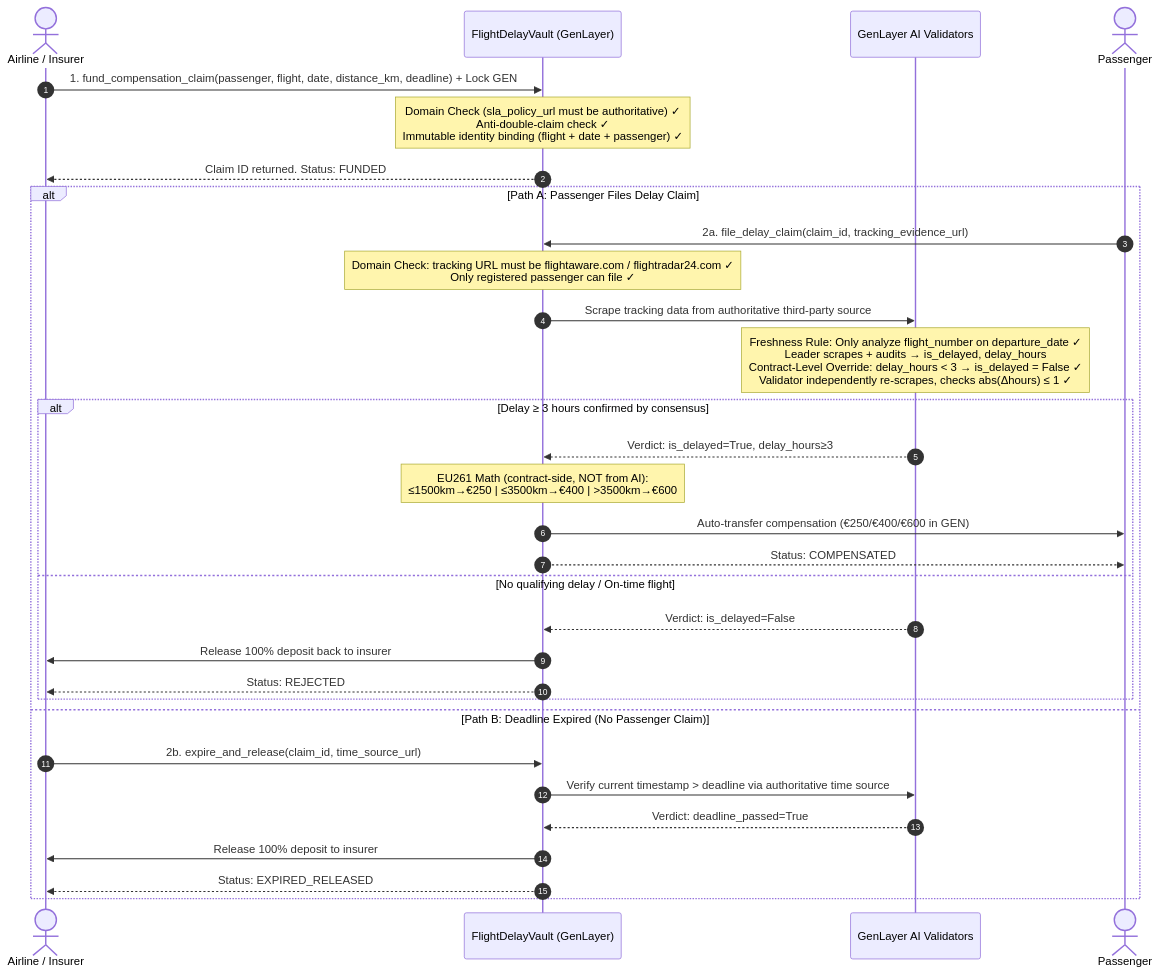
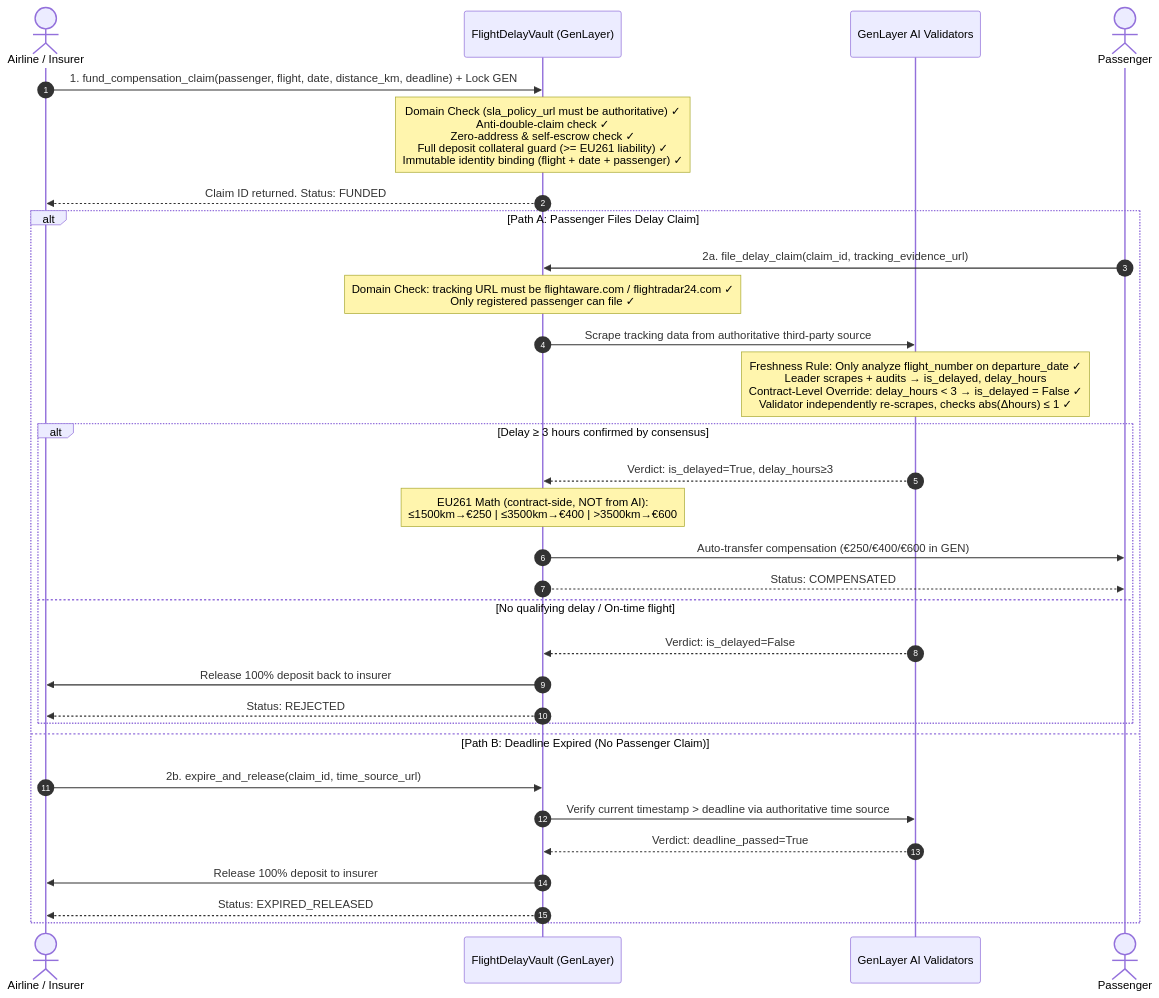
The diagram in README.md (Tannpd/FlightDelayVault), drawn with Mermaid before and after one commit. The commit also changed other lines of this file, not shown here.

````diff
--- a/README.md
+++ b/README.md
@@ -21,35 +34,35 @@
 ```mermaid
 sequenceDiagram
     autonumber
     actor Insurer as Airline / Insurer
     participant Vault as FlightDelayVault (GenLayer)
     participant AI as GenLayer AI Validators
     actor Passenger as Passenger
 
     Insurer->>Vault: 1. fund_compensation_claim(passenger, flight, date, distance_km, deadline) + Lock GEN
-    Note over Vault: Domain Check (sla_policy_url must be authoritative) ✓<br/>Anti-double-claim check ✓<br/>Immutable identity binding (flight + date + passenger) ✓
+    Note over Vault: Domain Check (sla_policy_url must be authoritative) ✓<br/>Anti-double-claim check ✓<br/>Zero-address & self-escrow check ✓<br/>Full deposit collateral guard (>= EU261 liability) ✓<br/>Immutable identity binding (flight + date + passenger) ✓
     Vault-->>Insurer: Claim ID returned. Status: FUNDED
 
     alt Path A: Passenger Files Delay Claim
         Passenger->>Vault: 2a. file_delay_claim(claim_id, tracking_evidence_url)
         Note over Vault: Domain Check: tracking URL must be flightaware.com / flightradar24.com ✓<br/>Only registered passenger can file ✓
         Vault->>AI: Scrape tracking data from authoritative third-party source
         Note over AI: Freshness Rule: Only analyze flight_number on departure_date ✓<br/>Leader scrapes + audits → is_delayed, delay_hours<br/>Contract-Level Override: delay_hours < 3 → is_delayed = False ✓<br/>Validator independently re-scrapes, checks abs(Δhours) ≤ 1 ✓
         alt Delay ≥ 3 hours confirmed by consensus
             AI-->>Vault: Verdict: is_delayed=True, delay_hours≥3
             Note over Vault: EU261 Math (contract-side, NOT from AI):<br/>≤1500km→€250 | ≤3500km→€400 | >3500km→€600
             Vault->>Passenger: Auto-transfer compensation (€250/€400/€600 in GEN)
             Vault-->>Passenger: Status: COMPENSATED
         else No qualifying delay / On-time flight
             AI-->>Vault: Verdict: is_delayed=False
             Vault->>Insurer: Release 100% deposit back to insurer
             Vault-->>Insurer: Status: REJECTED
         end
     else Path B: Deadline Expired (No Passenger Claim)
         Insurer->>Vault: 2b. expire_and_release(claim_id, time_source_url)
         Vault->>AI: Verify current timestamp > deadline via authoritative time source
         AI-->>Vault: Verdict: deadline_passed=True
         Vault->>Insurer: Release 100% deposit to insurer
         Vault-->>Insurer: Status: EXPIRED_RELEASED
     end
 ```
````
